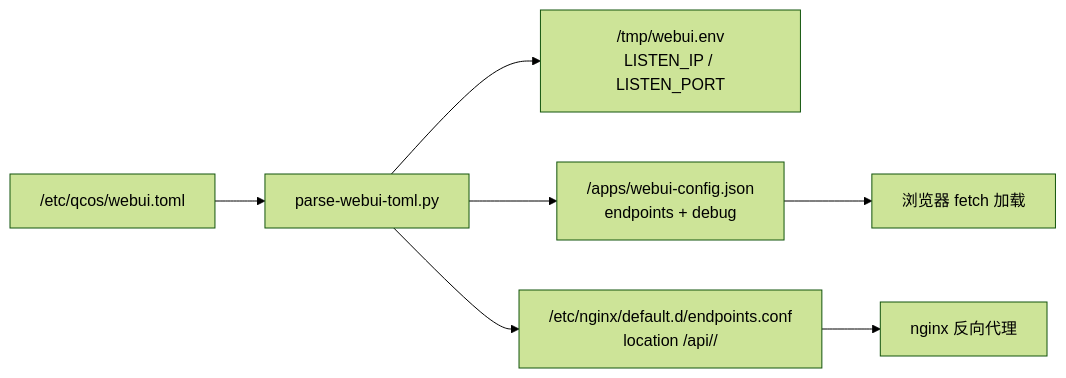
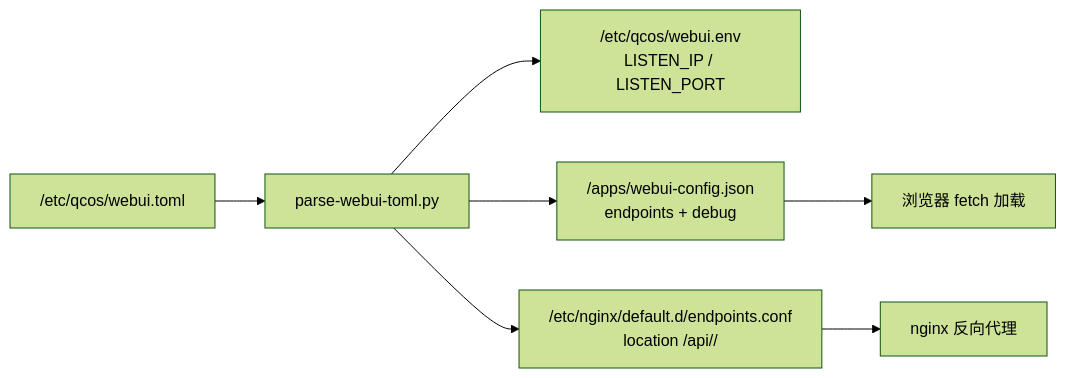
One commit to zhaoyi-yewu/qcos changed the diagram in webui/INSTALL.md. Above: the diagram before and after it, drawn with Mermaid (forest theme). The commit also changed 253 other files, not shown here.

````diff
--- a/webui/INSTALL.md
+++ b/webui/INSTALL.md
@@ -186,9 +186,9 @@
 ```mermaid
 flowchart LR
     Toml["/etc/qcos/webui.toml"] --> Parser["parse-webui-toml.py"]
-    Parser --> Env["/tmp/webui.env<br/>LISTEN_IP / LISTEN_PORT"]
+    Parser --> Env["/etc/qcos/webui.env<br/>LISTEN_IP / LISTEN_PORT"]
     Parser --> Json["/apps/webui-config.json<br/>endpoints + debug"]
     Parser --> NginxConf["/etc/nginx/default.d/endpoints.conf<br/>location /api/<name>/"]
     Json --> Browser["浏览器 fetch 加载"]
     NginxConf --> Nginx["nginx 反向代理"]
 ```
````
